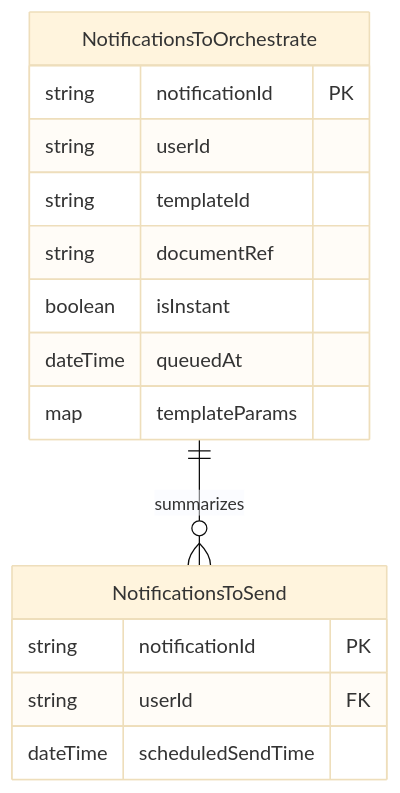
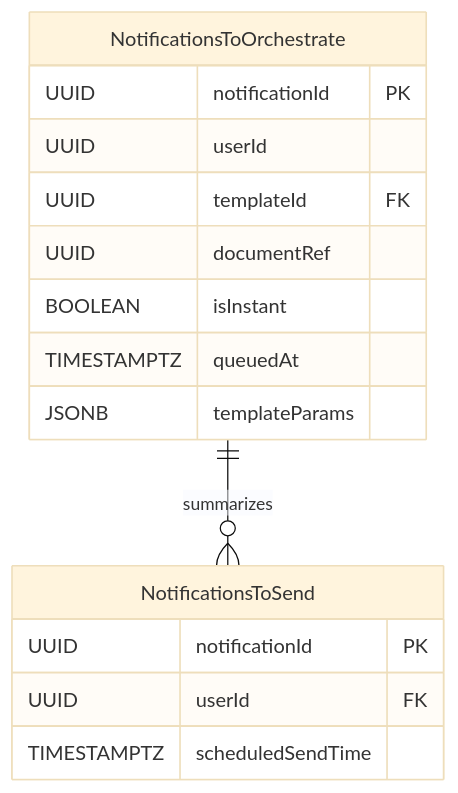
Before and after one commit to rasmusulriksen/BachelorsProject: the second of 4 diagrams in Diagrams/ERDiagrams.md, drawn with Mermaid (base theme). The commit also changed other lines of this file, not shown here.

Commit message:
ER diagrams now talk PostgreSQL

````diff
--- a/Diagrams/ERDiagrams.md
+++ b/Diagrams/ERDiagrams.md
@@ -37,21 +37,21 @@
 ```mermaid
 erDiagram
 
     NotificationsToOrchestrate {
-        string notificationId PK
-        string userId
-        string templateId
-        string documentRef
-        boolean isInstant
-        dateTime queuedAt
-        map templateParams
+        UUID notificationId PK
+        UUID userId
+        UUID templateId FK
+        UUID documentRef
+        BOOLEAN isInstant
+        TIMESTAMPTZ queuedAt
+        JSONB templateParams
     }
 
     NotificationsToSend {
-        string notificationId PK
-        string userId FK
-        dateTime scheduledSendTime
+        UUID notificationId PK
+        UUID userId FK
+        TIMESTAMPTZ scheduledSendTime
     }
-    
+
     NotificationsToOrchestrate ||--o{ NotificationsToSend: "summarizes"
 ```
````
